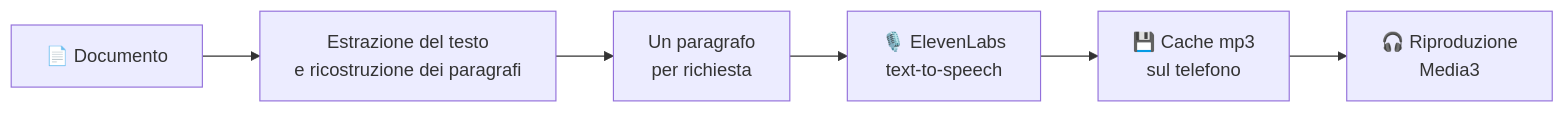
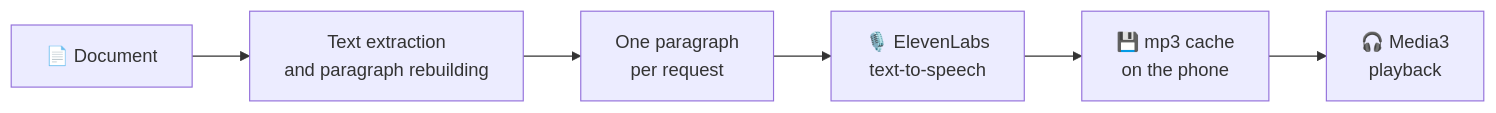
Before and after one commit to SimoneFaricelli/leggimi: the diagram in README.md, drawn with Mermaid. The commit also changed other lines of this file, not shown here.

````diff
--- a/README.md
+++ b/README.md
@@ -84,8 +87,8 @@
 ```mermaid
 flowchart LR
-    A[📄 Documento] --> B[Estrazione del testo<br/>e ricostruzione dei paragrafi]
-    B --> C[Un paragrafo<br/>per richiesta]
+    A[📄 Document] --> B[Text extraction<br/>and paragraph rebuilding]
+    B --> C[One paragraph<br/>per request]
     C --> D[🎙️ ElevenLabs<br/>text-to-speech]
-    D --> E[💾 Cache mp3<br/>sul telefono]
-    E --> F[🎧 Riproduzione<br/>Media3]
+    D --> E[💾 mp3 cache<br/>on the phone]
+    E --> F[🎧 Media3<br/>playback]
 ```
````
